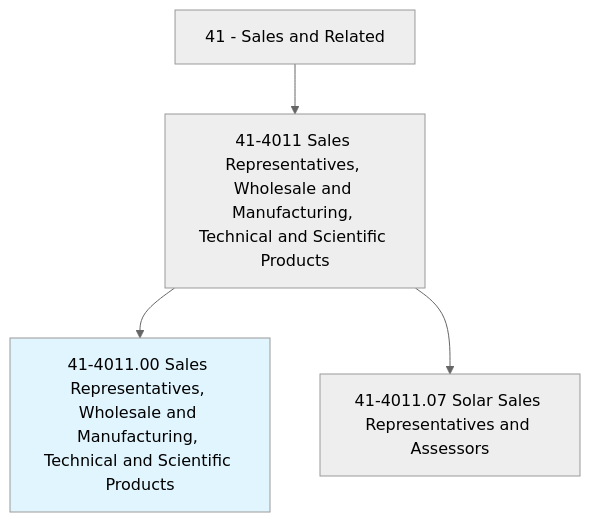
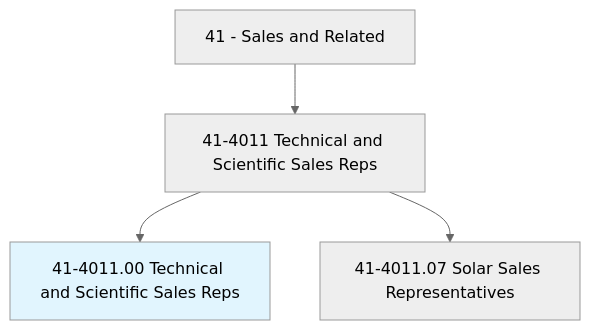
The first of 4 diagrams in occupations/Sales/SalesRepresentativesWholesaleAndManufacturingTechnicalAndScientificProducts.mdx (kziemski/business.org.ai), drawn with Mermaid (neutral theme) before and after one commit. The commit also changed other lines of this file and 938 other files, not shown here.

````diff
--- a/occupations/Sales/SalesRepresentativesWholesaleAndManufacturingTechnicalAndScientificProducts.mdx
+++ b/occupations/Sales/SalesRepresentativesWholesaleAndManufacturingTechnicalAndScientificProducts.mdx
@@ -19,7 +23,7 @@
 ```mermaid
 graph TD
-    Cat41["41 - Sales and Related"] --> Group414011["41-4011 Sales Representatives, Wholesale and Manufacturing, Technical and Scientific Products"]
-    Group414011 --> Current["41-4011.00 Sales Representatives, Wholesale and Manufacturing, Technical and Scientific Products"]
+    Cat41["41 - Sales and Related"] --> Group414011["41-4011 Technical and Scientific Sales Reps"]
+    Group414011 --> Current["41-4011.00 Technical and Scientific Sales Reps"]
+    Group414011 --> V07["41-4011.07 Solar Sales Representatives"]
     style Current fill:#e1f5fe
-    Group414011 --> V41401107["41-4011.07 Solar Sales Representatives and Assessors"]
 ```
````
